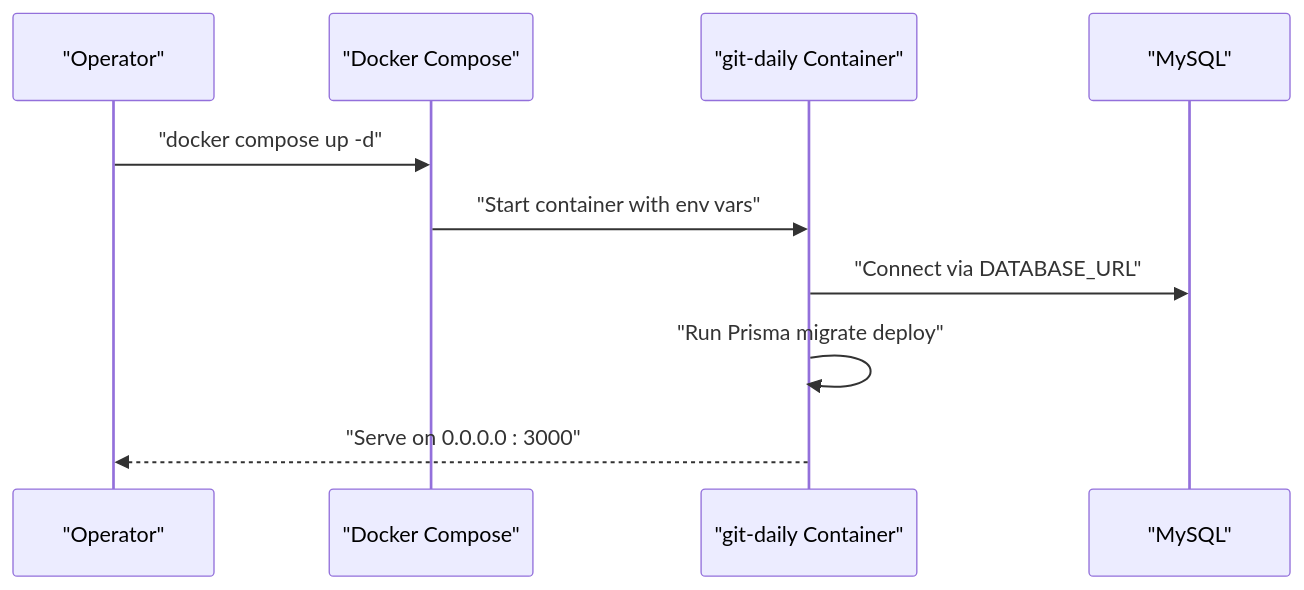
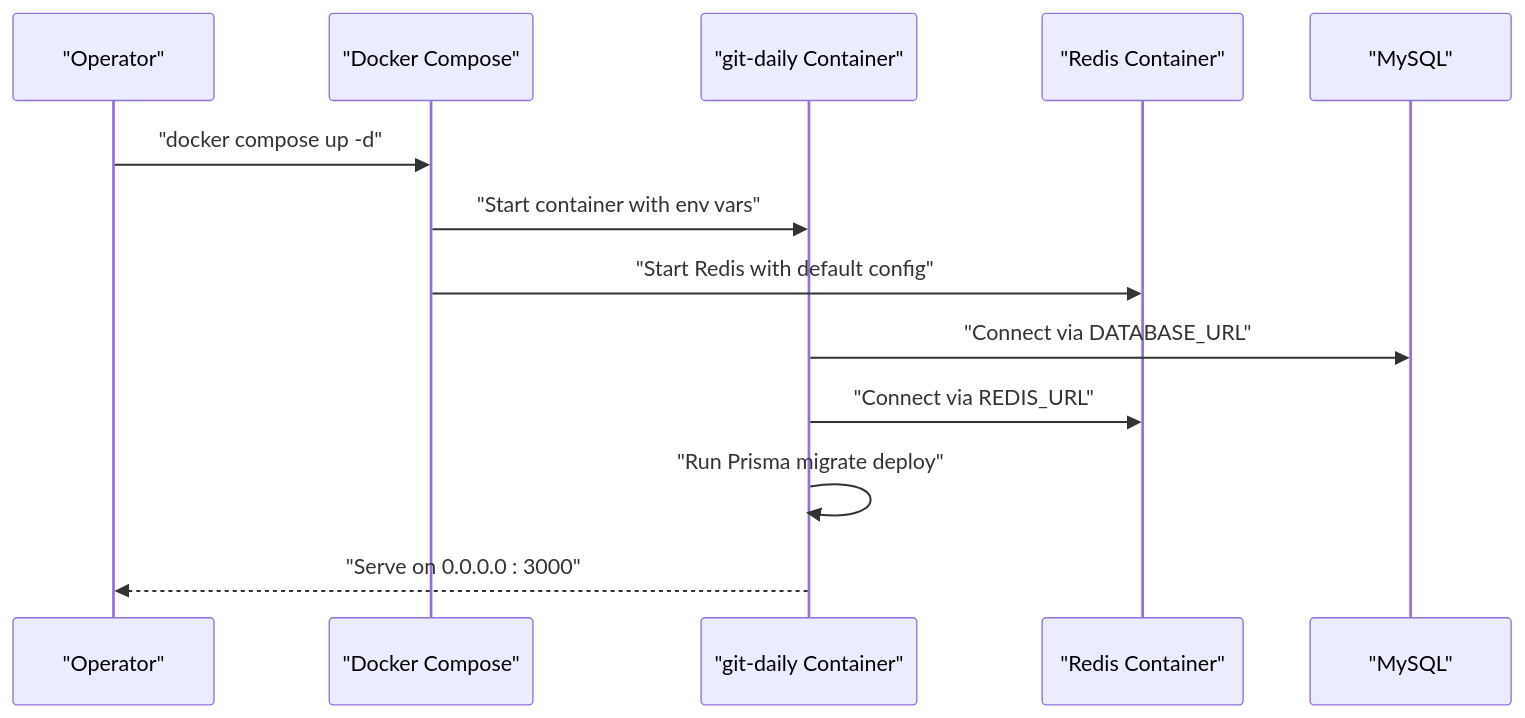
Before and after one commit to jrj444/git-daily: the fourth of 9 diagrams in .qoder/repowiki/en/content/Deployment and Operations/Deployment and Operations.md, drawn with Mermaid. The commit also changed other lines of this file and 6 other files, not shown here.

````diff
--- a/.qoder/repowiki/en/content/Deployment and Operations/Deployment and Operations.md
+++ b/.qoder/repowiki/en/content/Deployment and Operations/Deployment and Operations.md
@@ -182,12 +208,15 @@
 ```mermaid
 sequenceDiagram
 participant Dev as "Operator"
 participant Compose as "Docker Compose"
 participant App as "git-daily Container"
+participant Redis as "Redis Container"
 participant DB as "MySQL"
 Dev->>Compose : "docker compose up -d"
 Compose->>App : "Start container with env vars"
+Compose->>Redis : "Start Redis with default config"
 App->>DB : "Connect via DATABASE_URL"
+App->>Redis : "Connect via REDIS_URL"
 App->>App : "Run Prisma migrate deploy"
 App-->>Dev : "Serve on 0.0.0.0 : 3000"
 ```
````
